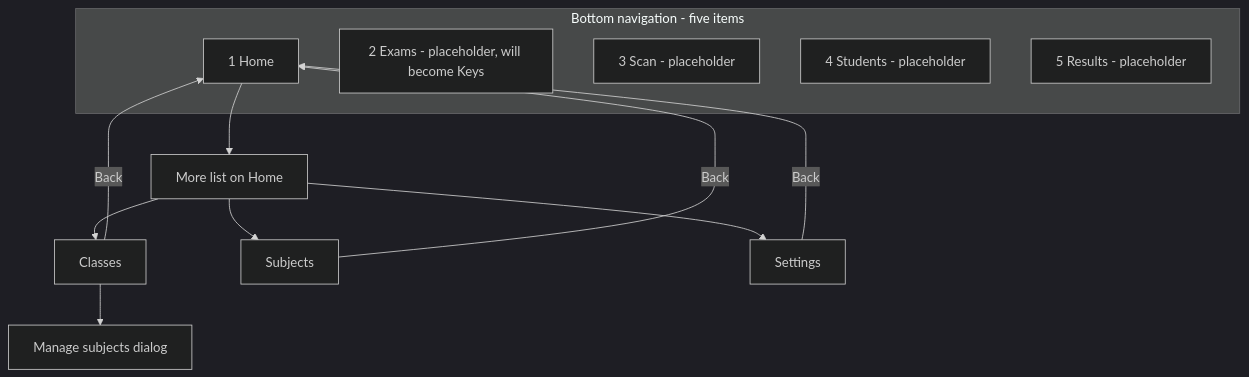
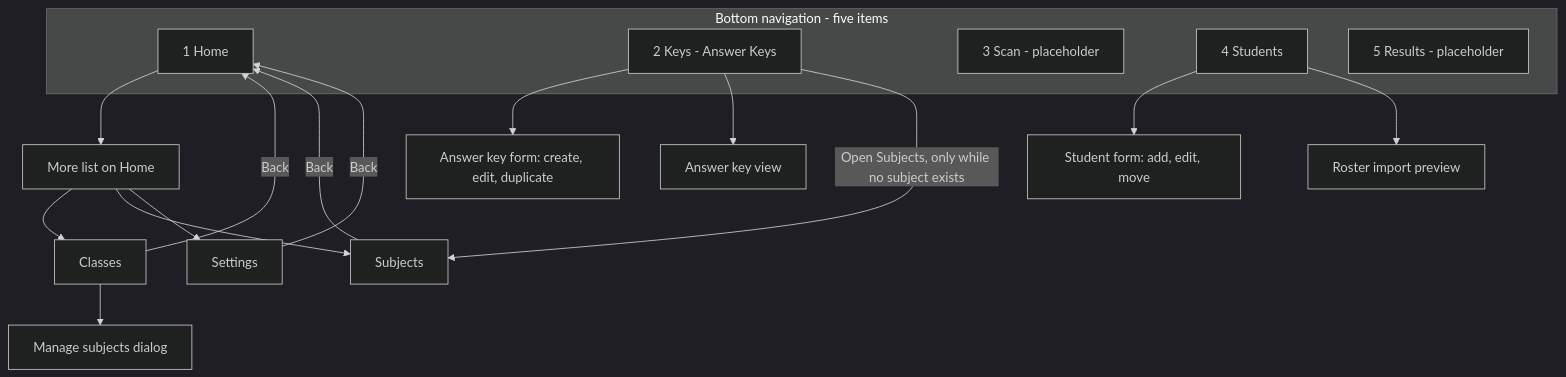
The fourth of 12 diagrams in docs/diagrams.md (nicolaseugenio2022-cyber/answer-checker), drawn with Mermaid (dark theme) before and after one commit. The commit also changed other lines of this file and 6 other files, not shown here.

First line of the commit message:
docs: synchronize documentation with schema version 4

````diff
--- a/docs/diagrams.md
+++ b/docs/diagrams.md
@@ -88,19 +91,25 @@
 ```mermaid
 flowchart TD
     subgraph Bar["Bottom navigation - five items"]
         HOME["1 Home"]
-        EXAMS["2 Exams - placeholder, will become Keys"]
+        KEYS["2 Keys - Answer Keys"]
         SCAN["3 Scan - placeholder"]
-        STUDENTS["4 Students - placeholder"]
+        STUDENTS["4 Students"]
         RESULTS["5 Results - placeholder"]
     end
 
     HOME --> MORE["More list on Home"]
     MORE --> CLASSES["Classes"]
     MORE --> SUBJECTS["Subjects"]
     MORE --> SETTINGS["Settings"]
     CLASSES --> MANAGE["Manage subjects dialog"]
     CLASSES -- "Back" --> HOME
     SUBJECTS -- "Back" --> HOME
     SETTINGS -- "Back" --> HOME
+
+    KEYS --> KEYFORM["Answer key form: create, edit, duplicate"]
+    KEYS --> KEYVIEW["Answer key view"]
+    KEYS -- "Open Subjects, only while no subject exists" --> SUBJECTS
+    STUDENTS --> STUDENTFORM["Student form: add, edit, move"]
+    STUDENTS --> IMPORT["Roster import preview"]
 ```
````
